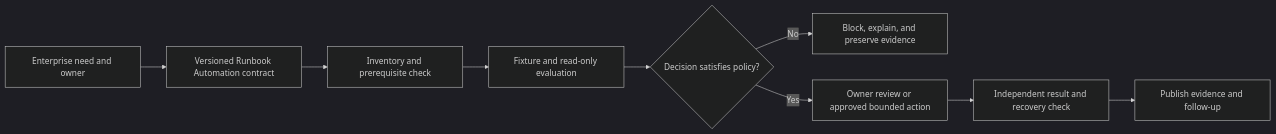
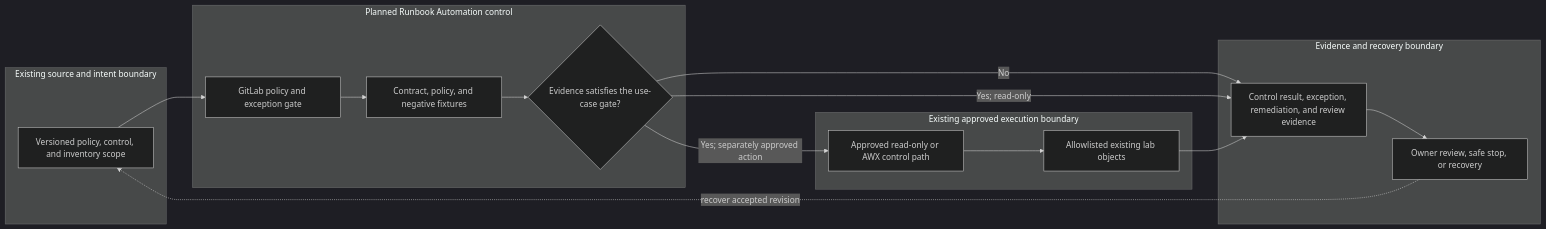
The diagram in docs/use-cases/governance/UC-GOV-011-runbook-automation.md (MIDHTECH/enterprise-architecture-docs), drawn with Mermaid (dark theme) before and after one commit. The commit also changed other lines of this file and 227 other files, not shown here.

Commit message:
Deepen architecture for all use case designs

````diff
--- a/docs/use-cases/governance/UC-GOV-011-runbook-automation.md
+++ b/docs/use-cases/governance/UC-GOV-011-runbook-automation.md
@@ -136,11 +129,25 @@
 ```mermaid
 flowchart LR
-    Need["Enterprise need and owner"] --> Contract["Versioned Runbook Automation contract"]
-    Contract --> Preflight["Inventory and prerequisite check"]
-    Preflight --> Evaluate["Fixture and read-only evaluation"]
-    Evaluate --> Decision{"Decision satisfies policy?"}
-    Decision -->|No| Stop["Block, explain, and preserve evidence"]
-    Decision -->|Yes| Review["Owner review or approved bounded action"]
-    Review --> Verify["Independent result and recovery check"]
-    Verify --> Publish["Publish evidence and follow-up"]
+    subgraph Source["Existing source and intent boundary"]
+        A["Versioned policy, control, and inventory scope"]
+    end
+    subgraph Planned["Planned Runbook Automation control"]
+        B["GitLab policy and exception gate"]
+        C["Contract, policy, and negative fixtures"]
+        D{"Evidence satisfies the use-case gate?"}
+    end
+    subgraph Runtime["Existing approved execution boundary"]
+        E["Approved read-only or AWX control path"]
+        F["Allowlisted existing lab objects"]
+    end
+    subgraph Assurance["Evidence and recovery boundary"]
+        G["Control result, exception, remediation, and review evidence"]
+        H["Owner review, safe stop, or recovery"]
+    end
+
+    A --> B --> C --> D
+    D -->|No| G --> H
+    D -->|Yes; read-only| G
+    D -->|Yes; separately approved action| E --> F --> G
+    H -. recover accepted revision .-> A
 ```
````
